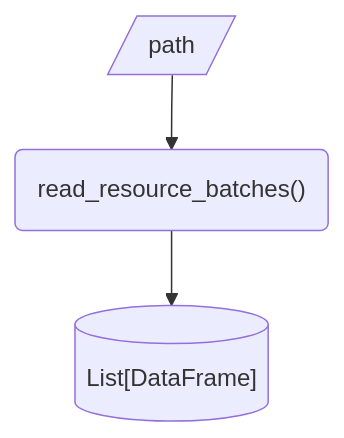
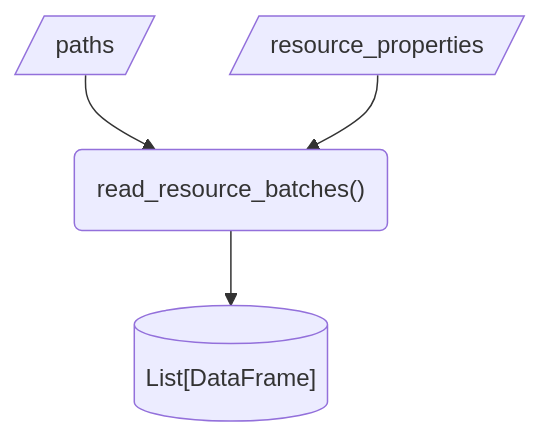
Before and after one commit to seedcase-project/seedcase-sprout: the sixth of 10 diagrams in docs/design/interface/functions.qmd, drawn with Mermaid. The commit also changed other lines of this file and 1 other file, not shown here.

Commit message:
docs: :building_construction: updates to match pseudocode and flows

````diff
--- a/docs/design/interface/functions.qmd
+++ b/docs/design/interface/functions.qmd
@@ -156,8 +156,10 @@
 ```{mermaid}
 flowchart
-    in_path[/path/]
+    in_path[/paths/]
+    in_properties[/resource_properties/]
     function("read_resource_batches()")
     out[("List[DataFrame]")]
     in_path --> function
+    in_properties --> function
     function --> out
 ```
````
